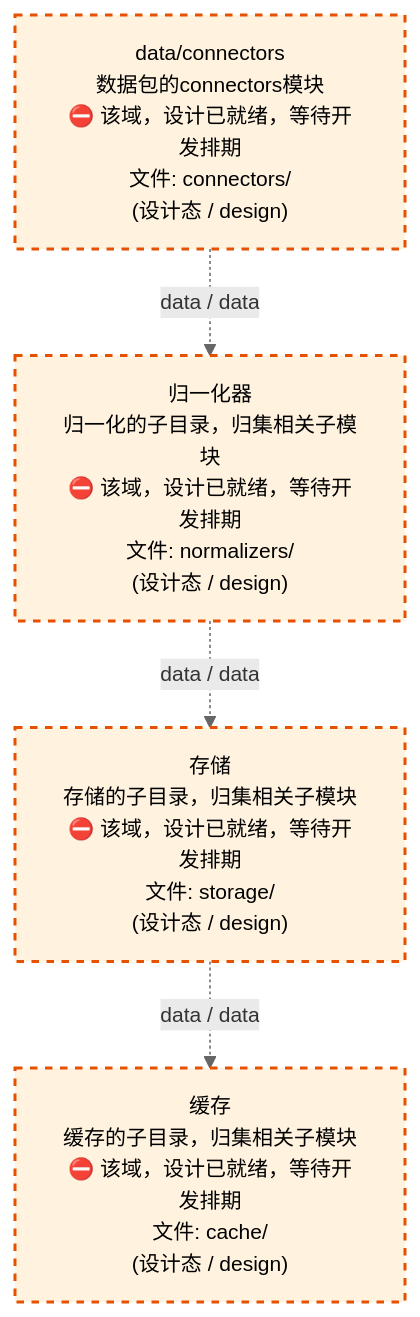
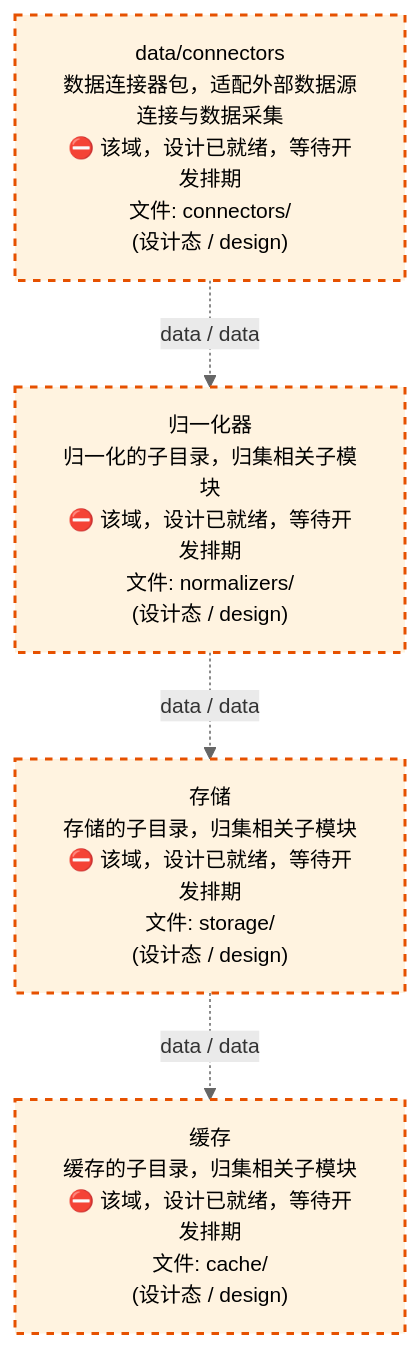
The third of 4 diagrams in docs/02_enterprise_architecture/02_domain_architecture_docs/11_d_data.md (xuanFelixVan/ZephyrAlpha), drawn with Mermaid before and after one commit. The commit also changed other lines of this file and 40 other files, not shown here.

````diff
--- a/docs/02_enterprise_architecture/02_domain_architecture_docs/11_d_data.md
+++ b/docs/02_enterprise_architecture/02_domain_architecture_docs/11_d_data.md
@@ -1290,16 +1291,16 @@
 ```mermaid
 %%{init: {'theme': 'base', 'themeVariables': {'primaryColor': '#eaeaea', 'primaryTextColor': '#333333', 'primaryBorderColor': '#666666', 'lineColor': '#666666', 'secondaryColor': '#eaeaea', 'tertiaryColor': '#eaeaea', 'fontSize': '14px'}}}%%
 flowchart TD
-    src_zephyr_data_connectors["data/connectors<br/>数据包的connectors模块<br/>⛔ 该域，设计已就绪，等待开发排期<br/>文件: connectors/<br/>(设计态 / design)"]
+    src_zephyr_data_connectors["data/connectors<br/>数据连接器包，适配外部数据源连接与数据采集<br/>⛔ 该域，设计已就绪，等待开发排期<br/>文件: connectors/<br/>(设计态 / design)"]
     src_zephyr_data_normalizers["归一化器<br/>归一化的子目录，归集相关子模块<br/>⛔ 该域，设计已就绪，等待开发排期<br/>文件: normalizers/<br/>(设计态 / design)"]
     src_zephyr_data_storage["存储<br/>存储的子目录，归集相关子模块<br/>⛔ 该域，设计已就绪，等待开发排期<br/>文件: storage/<br/>(设计态 / design)"]
     src_zephyr_data_cache["缓存<br/>缓存的子目录，归集相关子模块<br/>⛔ 该域，设计已就绪，等待开发排期<br/>文件: cache/<br/>(设计态 / design)"]
     src_zephyr_data_connectors -.->|data / data| src_zephyr_data_normalizers
     src_zephyr_data_normalizers -.->|data / data| src_zephyr_data_storage
     src_zephyr_data_storage -.->|data / data| src_zephyr_data_cache
     classDef production fill:#e1f5fe,stroke:#01579b,stroke-width:2px,color:#000
     classDef design fill:#fff3e0,stroke:#e65100,stroke-width:2px,color:#000,stroke-dasharray: 5 5
     classDef external_prod fill:#e8f4fd,stroke:#0277bd,stroke-width:1px,color:#000
     classDef external_design fill:#fff8e7,stroke:#ef6c00,stroke-width:1px,color:#000,stroke-dasharray: 5 5
     class src_zephyr_data_cache,src_zephyr_data_connectors,src_zephyr_data_normalizers,src_zephyr_data_storage design
 ```
````
